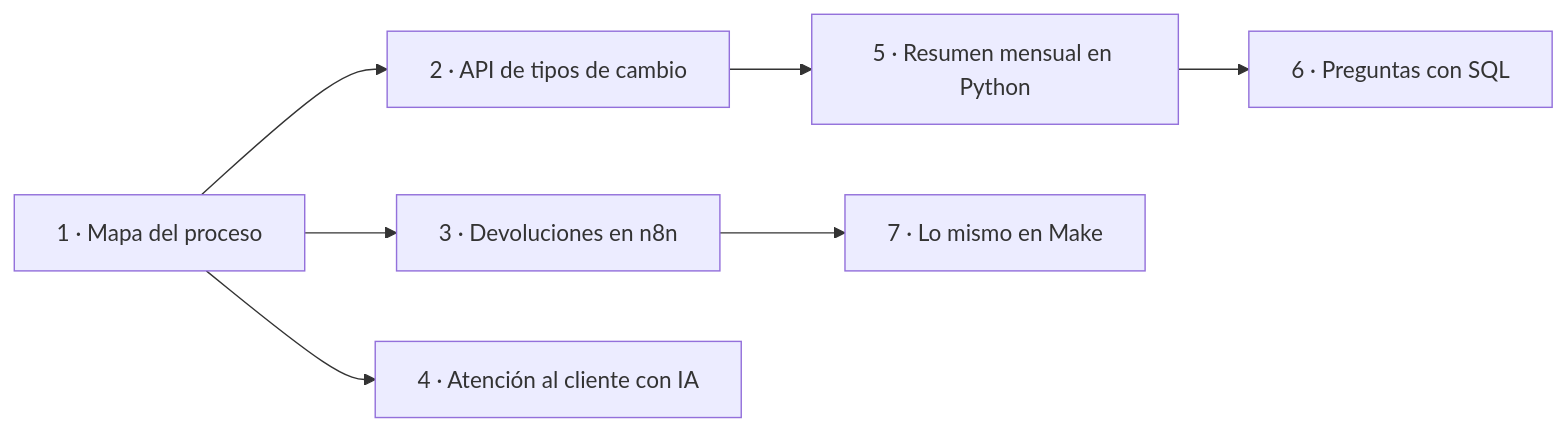
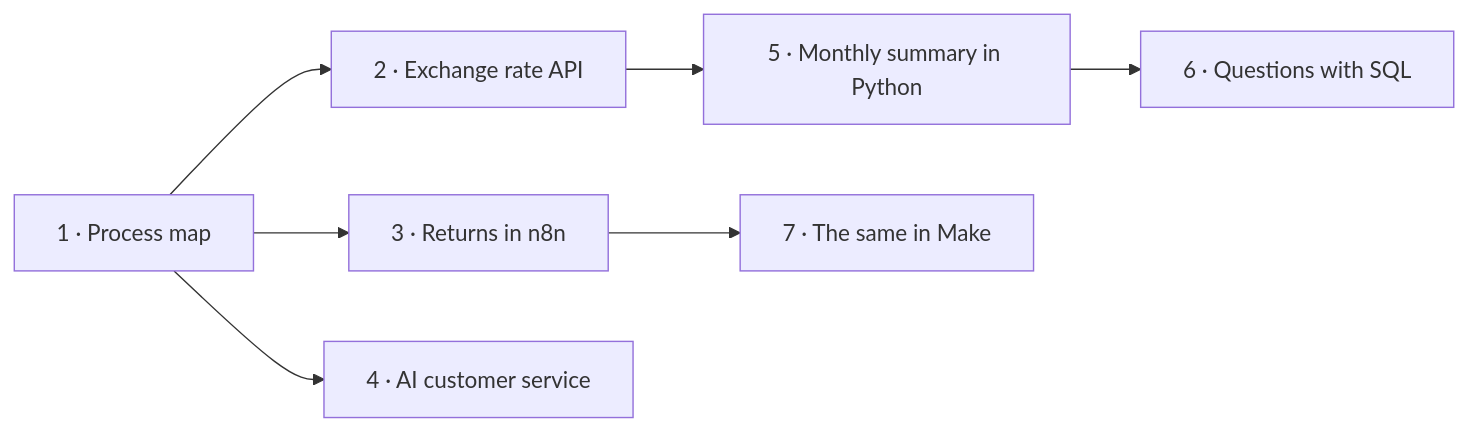
The diagram in README.md (Kairuferrin/portfolio-automatizacion), drawn with Mermaid before and after one commit. The commit also changed other lines of this file and 8 other files, not shown here.

````diff
--- a/README.md
+++ b/README.md
@@ -14,9 +16,9 @@
 ```mermaid
 flowchart LR
-    P1[1 · Mapa del proceso] --> P2[2 · API de tipos de cambio]
-    P2 --> P5[5 · Resumen mensual en Python]
-    P5 --> P6[6 · Preguntas con SQL]
-    P1 --> P3[3 · Devoluciones en n8n]
-    P3 --> P7[7 · Lo mismo en Make]
-    P1 --> P4[4 · Atención al cliente con IA]
+    P1[1 · Process map] --> P2[2 · Exchange rate API]
+    P2 --> P5[5 · Monthly summary in Python]
+    P5 --> P6[6 · Questions with SQL]
+    P1 --> P3[3 · Returns in n8n]
+    P3 --> P7[7 · The same in Make]
+    P1 --> P4[4 · AI customer service]
 ```
````
